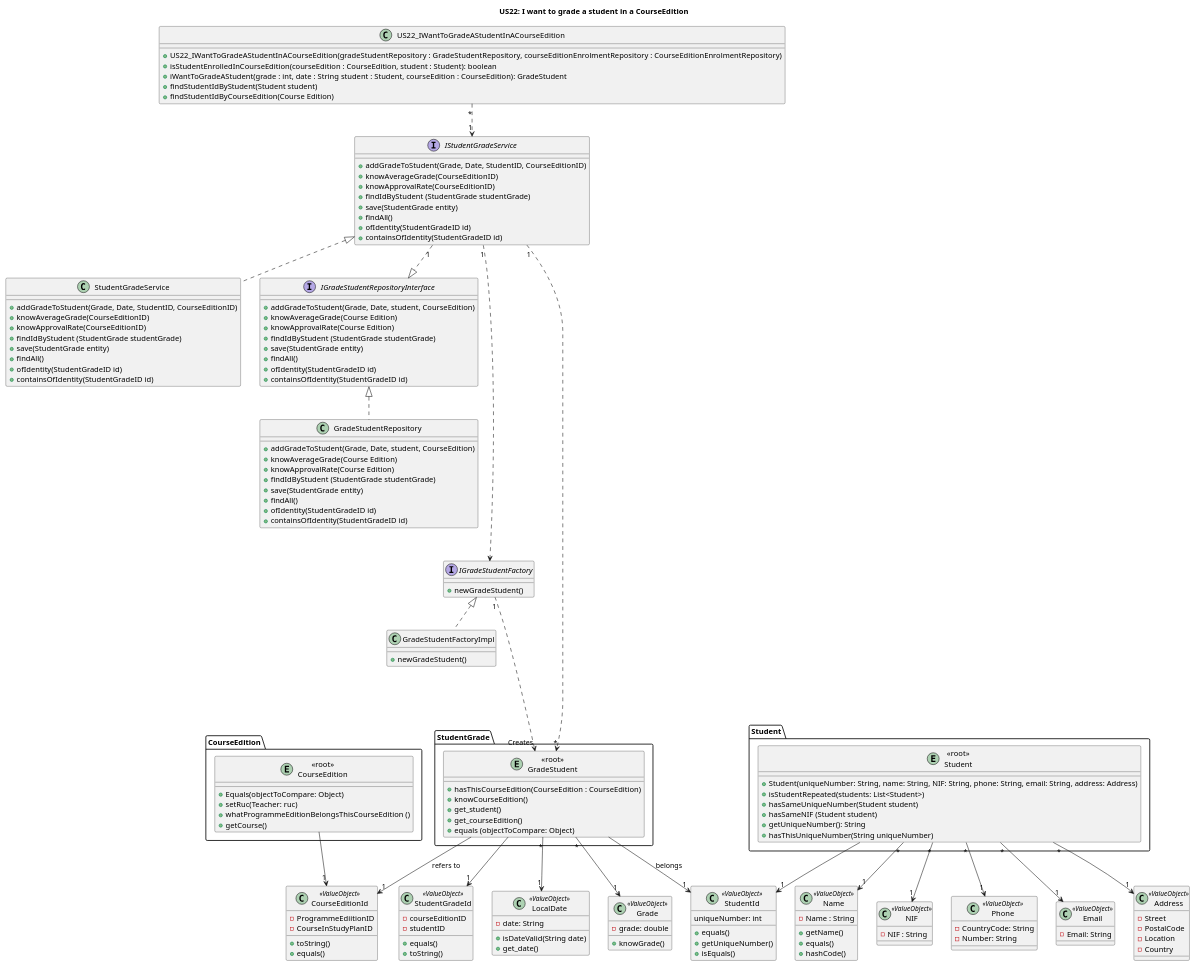
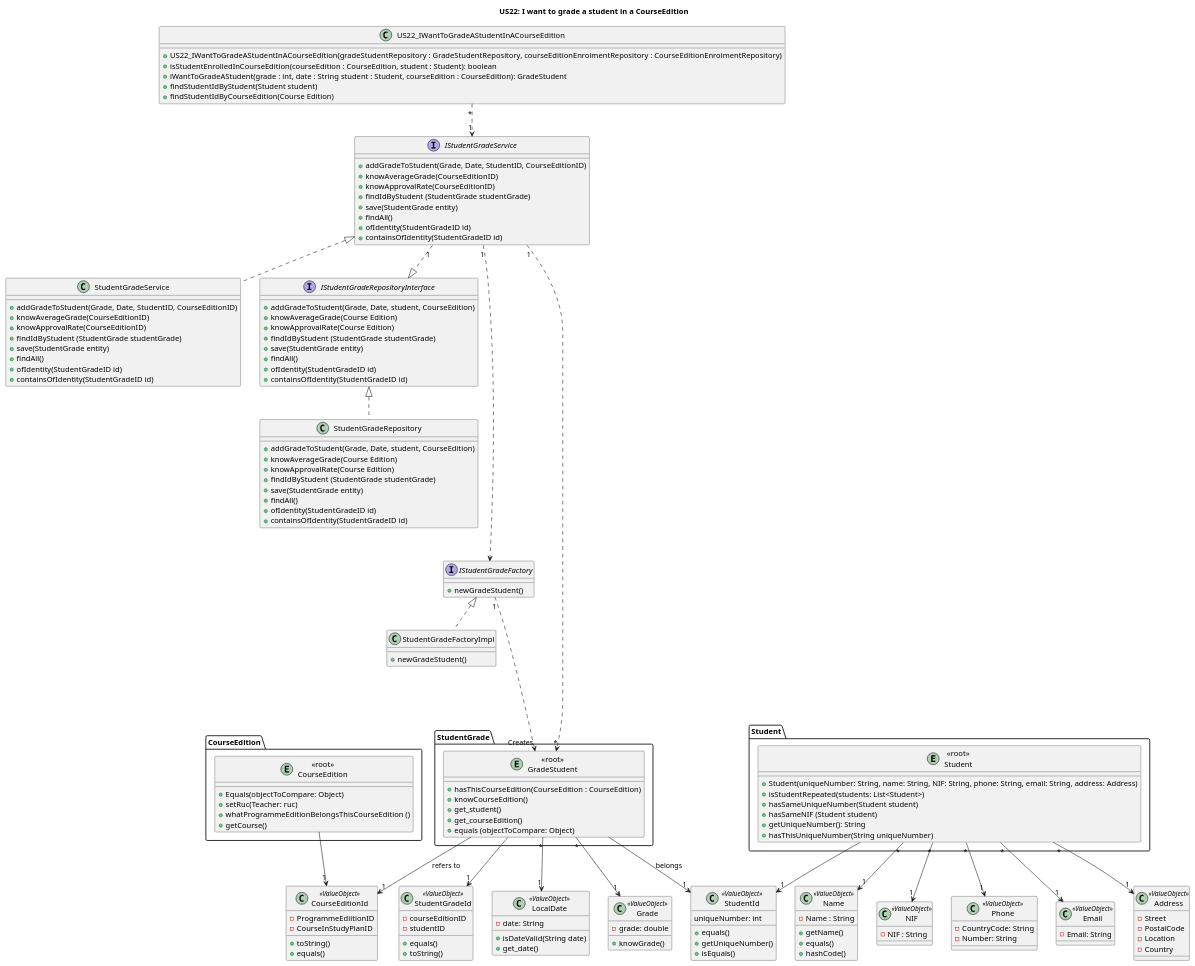
Before and after one commit to GasparISEP/DevOps-PAI: the diagram in docs/US22/US22_Sprint5GradeAStudentInACourseEdition_ClassDiagram.puml, drawn with PlantUML.

Commit message:
Ref #314: Change name of classes and interfaces and added connections

```diff
--- a/docs/US22/US22_Sprint5GradeAStudentInACourseEdition_ClassDiagram.puml
+++ b/docs/US22/US22_Sprint5GradeAStudentInACourseEdition_ClassDiagram.puml
@@ -103,7 +103,7 @@
     +toString()
         }
 
-class GradeStudentRepository {
+class StudentGradeRepository {
     +addGradeToStudent(Grade, Date, student, CourseEdition)
     +knowAverageGrade(Course Edition)
     +knowApprovalRate(Course Edition)
@@ -114,7 +114,7 @@
     +containsOfIdentity(StudentGradeID id)
 }
 
-interface IGradeStudentRepositoryInterface {
+interface IStudentGradeRepositoryInterface {
    +addGradeToStudent(Grade, Date, student, CourseEdition)
    +knowAverageGrade(Course Edition)
    +knowApprovalRate(Course Edition)
@@ -125,12 +125,12 @@
        +containsOfIdentity(StudentGradeID id)
 }
 
-interface IGradeStudentFactory {
+interface IStudentGradeFactory {
     +newGradeStudent()
 }
 
 
-class GradeStudentFactoryImpl {
+class StudentGradeFactoryImpl {
     +newGradeStudent()
 }
 
@@ -205,9 +205,9 @@
 "<<root>>\nGradeStudent" "*" --> "1" LocalDate
 "<<root>>\nGradeStudent" --> "1" StudentId: belongs
 "<<root>>\nGradeStudent" --> "1" CourseEditionId : refers to
-IStudentGradeService "1" ....> IGradeStudentFactory
-IGradeStudentFactory "1" ....> "Creates" "<<root>>\nGradeStudent"
-IGradeStudentFactory  <|..  GradeStudentFactoryImpl
+IStudentGradeService "1" ....> IStudentGradeFactory
+IStudentGradeFactory "1" ....> "Creates" "<<root>>\nGradeStudent"
+IStudentGradeFactory  <|..  StudentGradeFactoryImpl
 
 
 /' CourseEditionEnrolmentRepository ..|> ICourseEditionEnrolmentRepository
@@ -221,7 +221,7 @@
 "<<root>>\nCourseEdition" --> "1" CourseEditionId
 "<<root>>\nStudent" --> "1" StudentId
 IStudentGradeService <|..StudentGradeService
-IGradeStudentRepositoryInterface <|..GradeStudentRepository
+IStudentGradeRepositoryInterface <|..StudentGradeRepository
 
 
 
@@ -230,7 +230,7 @@
 
 
 
-IStudentGradeService "1" ..|> IGradeStudentRepositoryInterface
+IStudentGradeService "1" ..|> IStudentGradeRepositoryInterface
 US22_IWantToGradeAStudentInACourseEdition "*" ..> "1" IStudentGradeService
 
 @enduml
```
